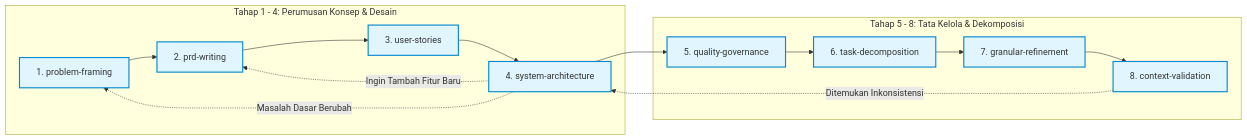
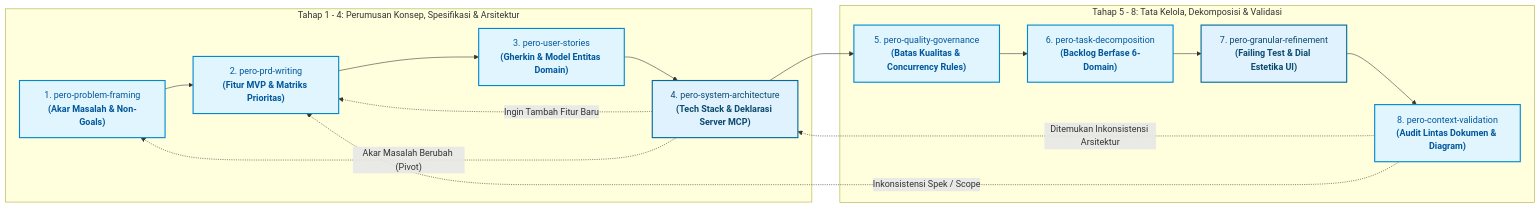
The third of 4 diagrams in README.md (okyFaishal/pero-agent-skills), drawn with Mermaid before and after one commit. The commit also changed other lines of this file, not shown here.

Commit message:
docs(readme): update Mermaid graphs and catalog for 28 skills and JIT MCP flow

````diff
--- a/README.md
+++ b/README.md
@@ -211,29 +251,37 @@
 ```mermaid
 flowchart LR
-    subgraph PHASE1 [Tahap 1 - 4: Perumusan Konsep & Desain]
-        P1["1. problem-framing"] --> P2["2. prd-writing"]
-        P2 --> P3["3. user-stories"]
-        P3 --> P4["4. system-architecture"]
+    %% STYLING
+    classDef stage fill:#e1f5fe,stroke:#0288d1,stroke-width:2px,color:#01579b;
+    classDef highlight fill:#e0f2fe,stroke:#0369a1,stroke-width:2px,color:#0c4a6e;
+
+    subgraph PHASE1 ["Tahap 1 - 4: Perumusan Konsep, Spesifikasi & Arsitektur"]
+        P1["1. pero-problem-framing<br/><b>(Akar Masalah & Non-Goals)</b>"]:::stage
+        P2["2. pero-prd-writing<br/><b>(Fitur MVP & Matriks Prioritas)</b>"]:::stage
+        P3["3. pero-user-stories<br/><b>(Gherkin & Model Entitas Domain)</b>"]:::stage
+        P4["4. pero-system-architecture<br/><b>(Tech Stack & Deklarasi Server MCP)</b>"]:::highlight
+        
+        P1 --> P2
+        P2 --> P3
+        P3 --> P4
     end
 
-    subgraph PHASE2 [Tahap 5 - 8: Tata Kelola & Dekomposisi]
-        P4 --> P5["5. quality-governance"]
-        P5 --> P6["6. task-decomposition"]
-        P6 --> P7["7. granular-refinement"]
-        P7 --> P8["8. context-validation"]
+    subgraph PHASE2 ["Tahap 5 - 8: Tata Kelola, Dekomposisi & Validasi"]
+        P5["5. pero-quality-governance<br/><b>(Batas Kualitas & Concurrency Rules)</b>"]:::stage
+        P6["6. pero-task-decomposition<br/><b>(Backlog Berfase 6-Domain)</b>"]:::stage
+        P7["7. pero-granular-refinement<br/><b>(Failing Test & Dial Estetika UI)</b>"]:::highlight
+        P8["8. pero-context-validation<br/><b>(Audit Lintas Dokumen & Diagram)</b>"]:::stage
+
+        P5 --> P6
+        P6 --> P7
+        P7 --> P8
     end
 
+    %% Pipeline Inter-Phase Connection
+    P4 --> P5
+
     %% Feedback loops
-    P4 -.->|Ingin Tambah Fitur Baru| P2
-    P4 -.->|Masalah Dasar Berubah| P1
-    P8 -.->|Ditemukan Inkonsistensi| P4
-
-    style P1 fill:#e1f5fe,stroke:#0288d1,stroke-width:2px
-    style P2 fill:#e1f5fe,stroke:#0288d1,stroke-width:2px
-    style P3 fill:#e1f5fe,stroke:#0288d1,stroke-width:2px
-    style P4 fill:#e1f5fe,stroke:#0288d1,stroke-width:2px
-    style P5 fill:#e1f5fe,stroke:#0288d1,stroke-width:2px
-    style P6 fill:#e1f5fe,stroke:#0288d1,stroke-width:2px
-    style P7 fill:#e1f5fe,stroke:#0288d1,stroke-width:2px
-    style P8 fill:#e1f5fe,stroke:#0288d1,stroke-width:2px
+    P4 -.->|"Ingin Tambah Fitur Baru"| P2
+    P4 -.->|"Akar Masalah Berubah (Pivot)"| P1
+    P8 -.->|"Ditemukan Inkonsistensi Arsitektur"| P4
+    P8 -.->|"Inkonsistensi Spek / Scope"| P2
 ```
````
